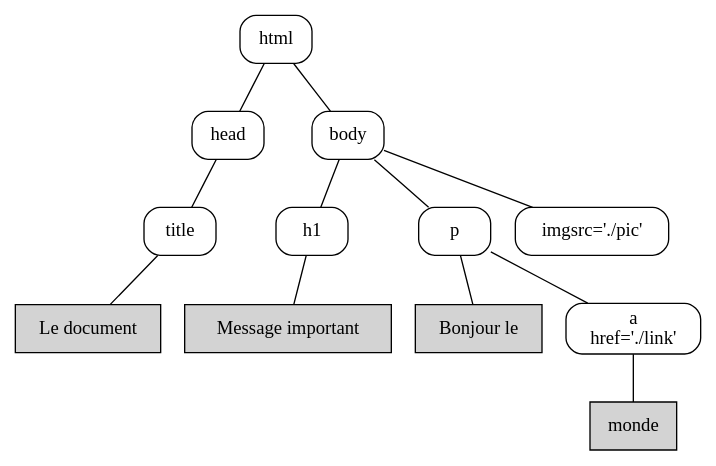
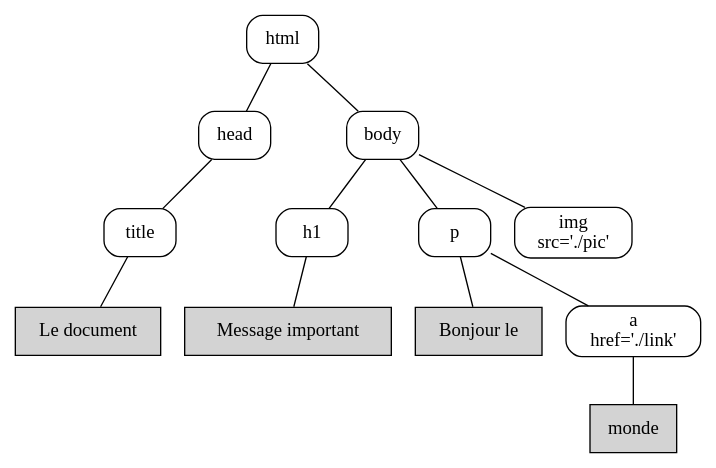
The diagram in source/s2.rst (pchampin/intro-js), drawn with Graphviz before and after one commit.

Commit message:
corrigé une typo dans le schéma de l'arbre DOM

```diff
--- a/source/s2.rst
+++ b/source/s2.rst
@@ -184,23 +184,23 @@
 .. graphviz::
 
    graph  {
 
      node [ shape=box, style=rounded]
 
      html -- head
       head -- title -- title_txt
      html -- body
       body -- h1 -- h1_txt
       body -- p
        p -- p_txt
        p -- a -- a_txt
       body -- img
 
      a         [ label="a\nhref='./link'" ]
-     img       [ label="img\src='./pic'" ]
+     img       [ label="img\nsrc='./pic'" ]
      title_txt [ shape=box, style=filled, label="Le document" ]
      h1_txt    [ shape=box, style=filled, label="Message important" ]
      p_txt     [ shape=box, style=filled, label="Bonjour le " ]
      a_txt     [ shape=box, style=filled, label="monde" ]
 
    }
```
